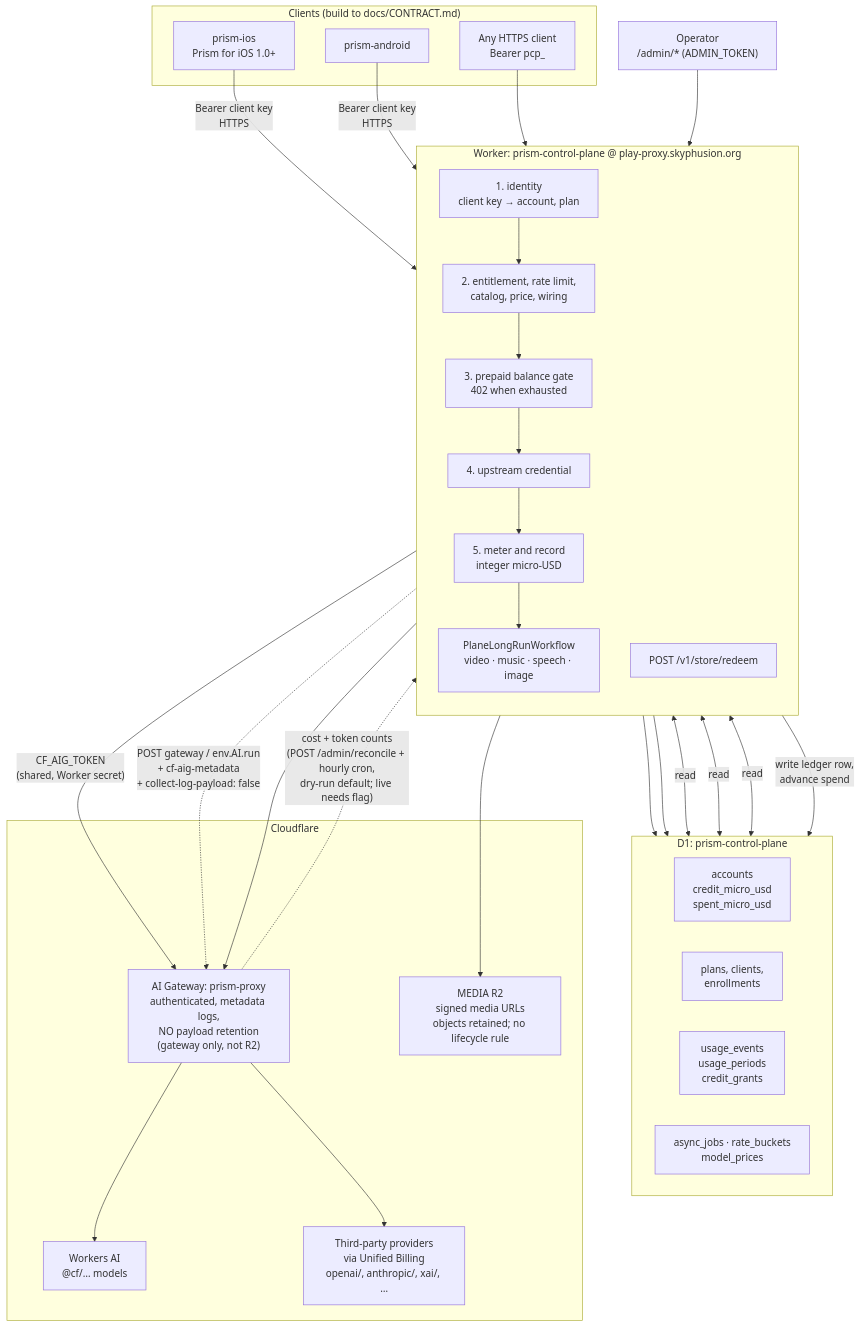
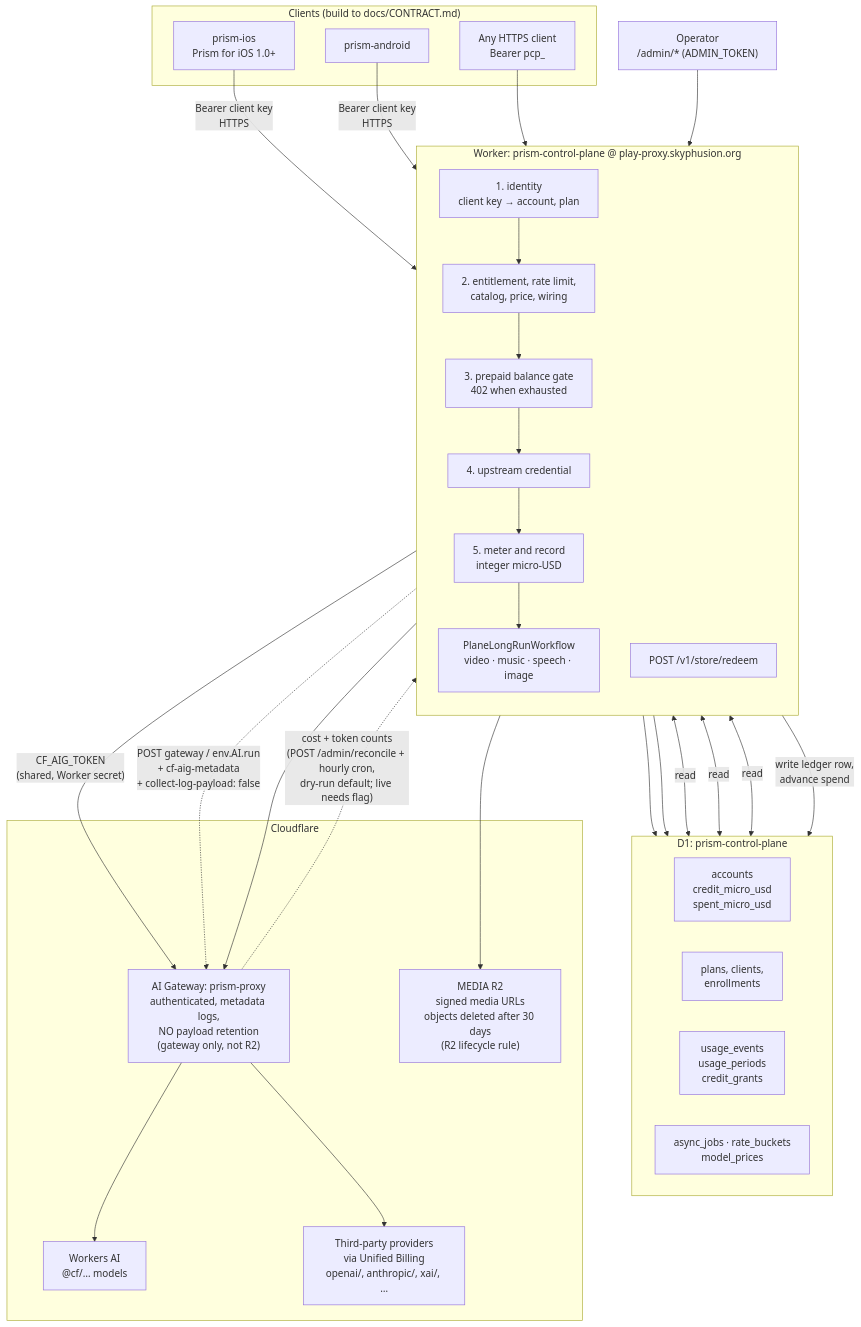
Before and after one commit to skyphusion-labs/prism-control-plane: the diagram in docs/ARCHITECTURE.md, drawn with Mermaid. The commit also changed other lines of this file and 3 other files, not shown here.

First line of the commit message:
docs(retention): media is kept 30 days (#117)

````diff
--- a/docs/ARCHITECTURE.md
+++ b/docs/ARCHITECTURE.md
@@ -42,60 +42,60 @@
 ```mermaid
 flowchart TB
     subgraph clients["Clients (build to docs/CONTRACT.md)"]
         ios["prism-ios<br/>Prism for iOS 1.0+"]
         android["prism-android"]
         any["Any HTTPS client<br/>Bearer pcp_"]
     end
 
     subgraph worker["Worker: prism-control-plane @ play-proxy.skyphusion.org"]
         direction TB
         auth["1. identity<br/>client key → account, plan"]
         gates["2. entitlement, rate limit,<br/>catalog, price, wiring"]
         balance["3. prepaid balance gate<br/>402 when exhausted"]
         cred["4. upstream credential"]
         meter["5. meter and record<br/>integer micro-USD"]
         longrun["PlaneLongRunWorkflow<br/>video · music · speech · image"]
         redeem["POST /v1/store/redeem"]
     end
 
     subgraph d1["D1: prism-control-plane"]
         direction LR
         t1["accounts<br/>credit_micro_usd<br/>spent_micro_usd"]
         t2["plans, clients,<br/>enrollments"]
         t3["usage_events<br/>usage_periods<br/>credit_grants"]
         t4["async_jobs · rate_buckets<br/>model_prices"]
     end
 
     admin["Operator<br/>/admin/* (ADMIN_TOKEN)"]
 
     subgraph cf["Cloudflare"]
         gw["AI Gateway: prism-proxy<br/>authenticated, metadata logs,<br/>NO payload retention<br/>(gateway only, not R2)"]
         wai["Workers AI<br/>@cf/… models"]
         prov["Third-party providers<br/>via Unified Billing<br/>openai/, anthropic/, xai/, …"]
-        r2["MEDIA R2<br/>signed media URLs<br/>objects retained; no lifecycle rule"]
+        r2["MEDIA R2<br/>signed media URLs<br/>objects deleted after 30 days<br/>(R2 lifecycle rule)"]
     end
 
     ios -->|"Bearer client key<br/>HTTPS"| auth
     android -->|"Bearer client key<br/>HTTPS"| auth
     any --> auth
     admin --> worker
 
     auth --> gates --> balance --> cred --> meter
     meter --> longrun
     longrun --> r2
     longrun --> t4
     redeem --> t1
 
     auth <-->|"read"| d1
     gates <-->|"read"| d1
     balance <-->|"read"| d1
     meter -->|"write ledger row,<br/>advance spend"| d1
 
     cred -->|"CF_AIG_TOKEN<br/>(shared, Worker secret)"| gw
     meter -.->|"POST gateway / env.AI.run<br/>+ cf-aig-metadata<br/>+ collect-log-payload: false"| gw
     longrun --> gw
     gw --> wai
     gw --> prov
 
     gw -.->|"cost + token counts<br/>(POST /admin/reconcile + hourly cron,<br/>dry-run default; live needs flag)"| meter
 ```
````
